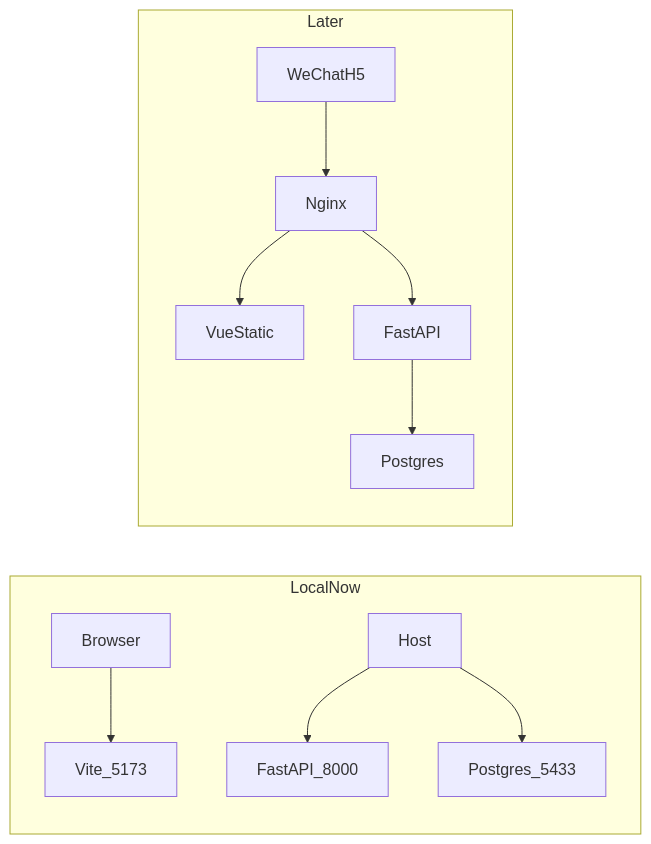
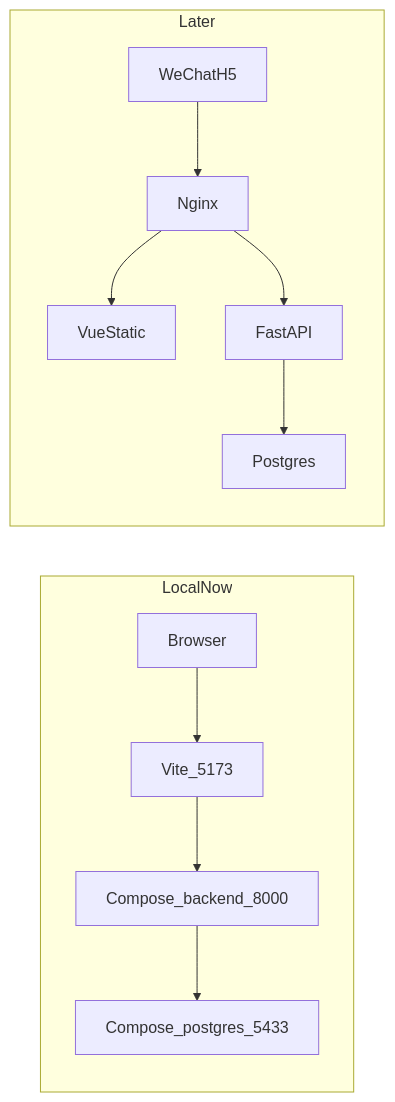
The first of 2 diagrams in README.md (XXuyucheng/activity-booking), drawn with Mermaid before and after one commit. The commit also changed other lines of this file and 34 other files, not shown here.

````diff
--- a/README.md
+++ b/README.md
@@ -52,14 +53,14 @@
 ```mermaid
 flowchart LR
   subgraph local [LocalNow]
     Browser[Browser] --> Vite[Vite_5173]
-    Dev[Host] --> Api[FastAPI_8000]
-    Dev --> Pg[Postgres_5433]
+    Vite --> Api[Compose_backend_8000]
+    Api --> Pg[Compose_postgres_5433]
   end
   subgraph later [Later]
     Wx[WeChatH5] --> Nginx
     Nginx --> Fe[VueStatic]
     Nginx --> Be[FastAPI]
     Be --> PgProd[Postgres]
   end
 ```
````
